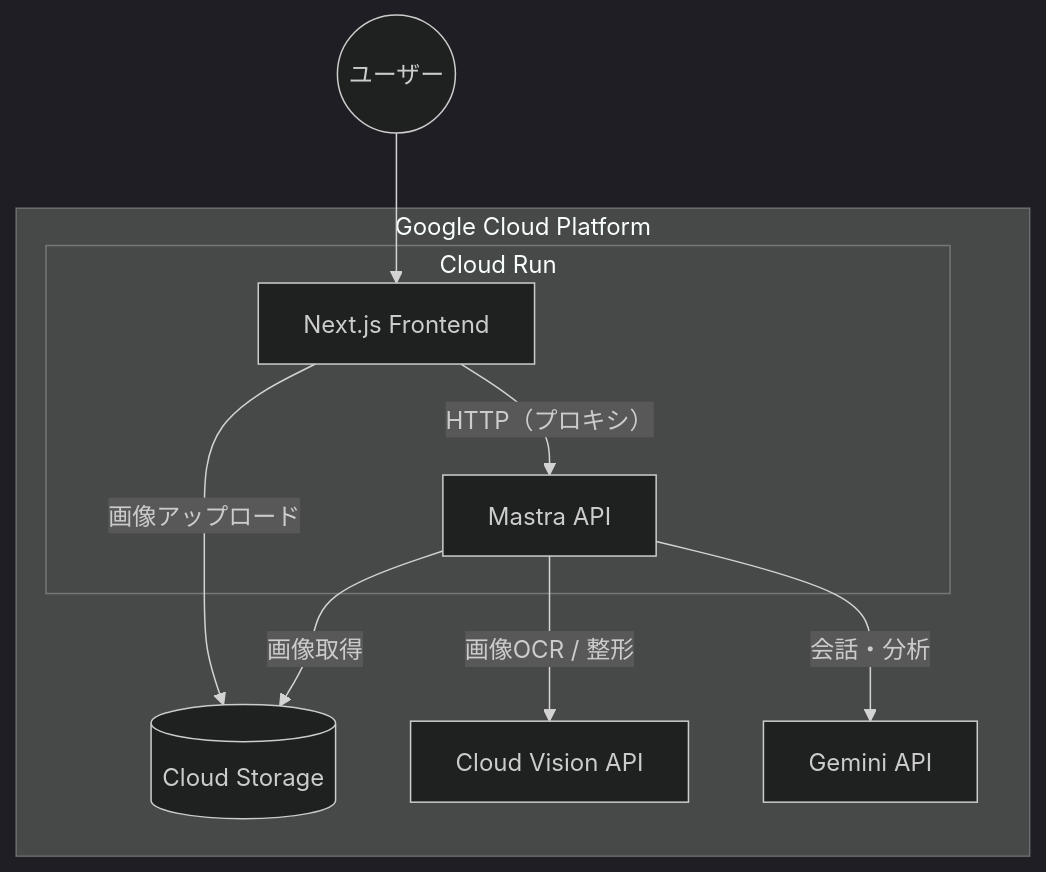
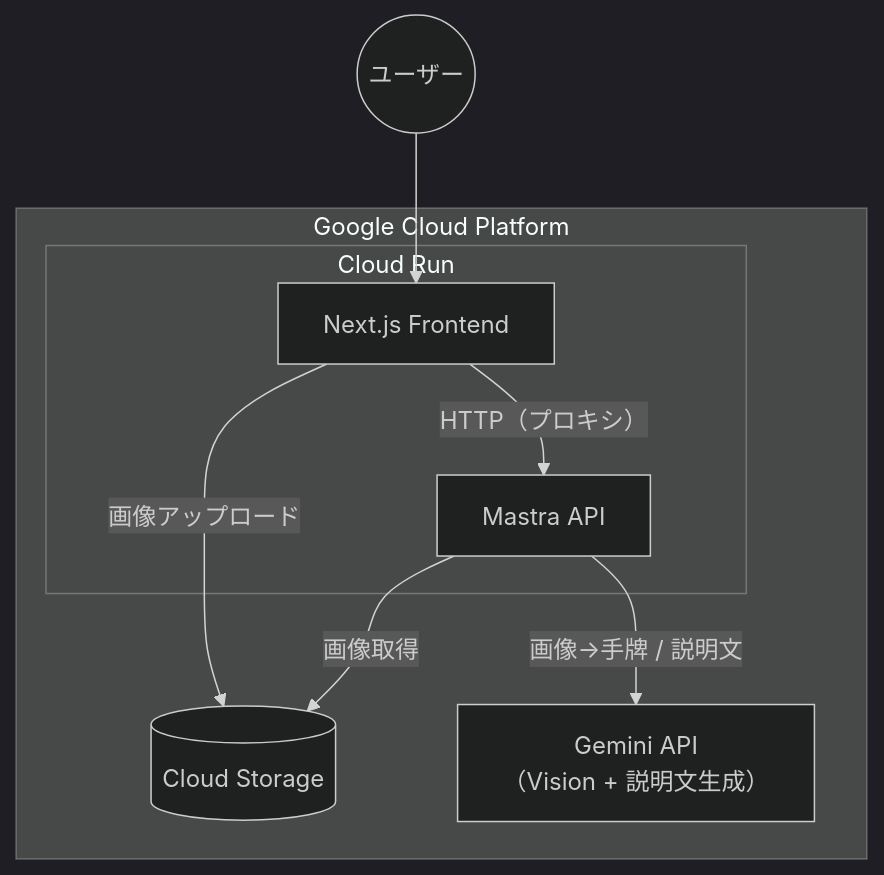
The first of 4 diagrams in README.md (kazuki1023/majiang-ai-beta), drawn with Mermaid (dark theme) before and after one commit. The commit also changed other lines of this file, not shown here.

````diff
--- a/README.md
+++ b/README.md
@@ -97,20 +228,18 @@
 ```mermaid
 flowchart TB
     User((ユーザー)) --> UI
 
     subgraph GCP["Google Cloud Platform"]
         subgraph CloudRun["Cloud Run"]
             UI["Next.js Frontend"]
             API["Mastra API"]
         end
         GCS[("Cloud Storage")]
-        Vision["Cloud Vision API"]
-        Gemini["Gemini API"]
+        Gemini["Gemini API<br/>（Vision + 説明文生成）"]
     end
 
     UI -->|"HTTP（プロキシ）"| API
     UI -->|"画像アップロード"| GCS
-    API -->|"画像OCR / 整形"| Vision
-    API -->|"会話・分析"| Gemini
     API -->|"画像取得"| GCS
+    API -->|"画像→手牌 / 説明文"| Gemini
 ```
````
